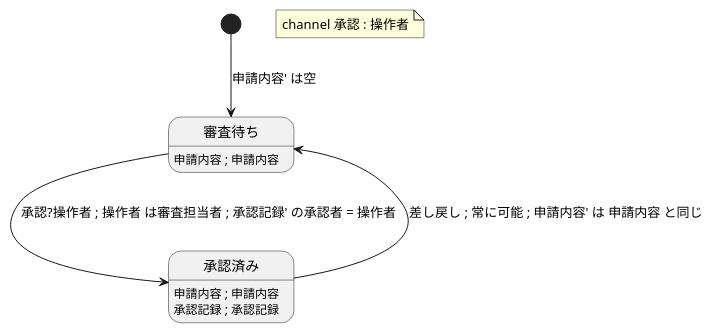
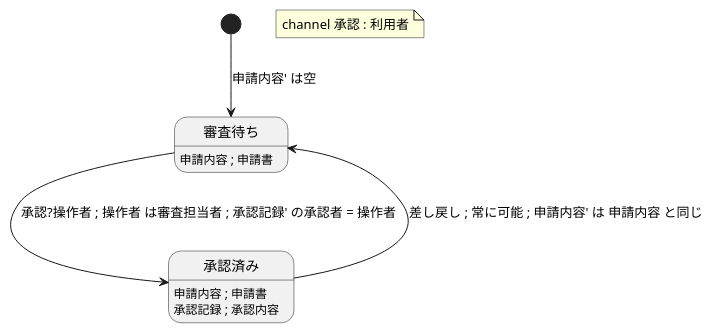
Before and after one commit to Kuniwak/puml-parallel: the diagram in examples/valid/japanese.puml, drawn with PlantUML. The commit also changed 6 other files, not shown here.

```diff
--- a/examples/valid/japanese.puml
+++ b/examples/valid/japanese.puml
@@ -1,14 +1,14 @@
 @startuml
 
 state "審査待ち" as 審査待ち
-審査待ち : 申請内容 ; 申請内容
+審査待ち : 申請内容 ; 申請書
 state "承認済み" as 承認済み
-承認済み : 申請内容 ; 申請内容
-承認済み : 承認記録 ; 承認記録
+承認済み : 申請内容 ; 申請書
+承認済み : 承認記録 ; 承認内容
 [*] --> 審査待ち : 申請内容' は空
 審査待ち --> 承認済み : 承認?操作者 ; 操作者 は審査担当者 ; 承認記録' の承認者 = 操作者
 承認済み --> 審査待ち : 差し戻し ; 常に可能 ; 申請内容' は 申請内容 と同じ
 note as channels
-  channel 承認 : 操作者
+  channel 承認 : 利用者
 end note
 @enduml
```
